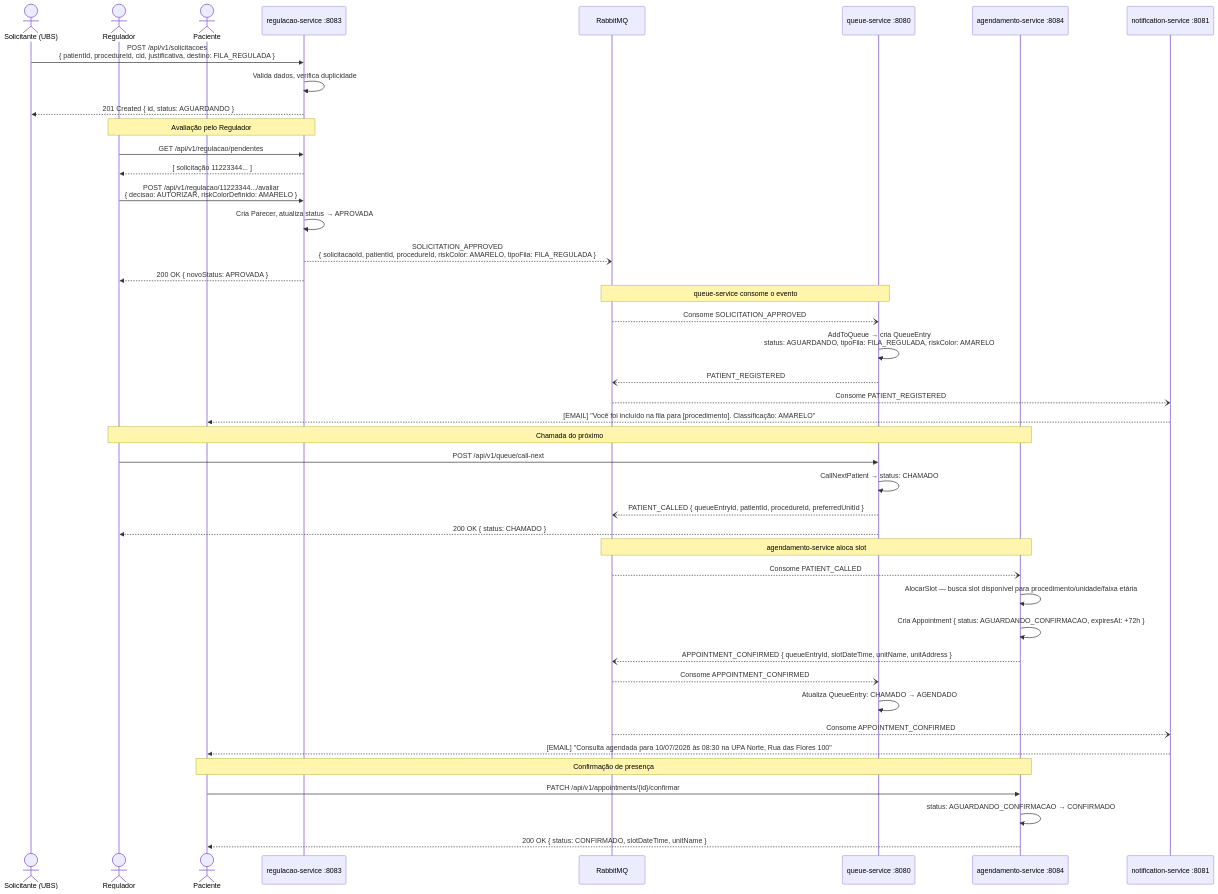
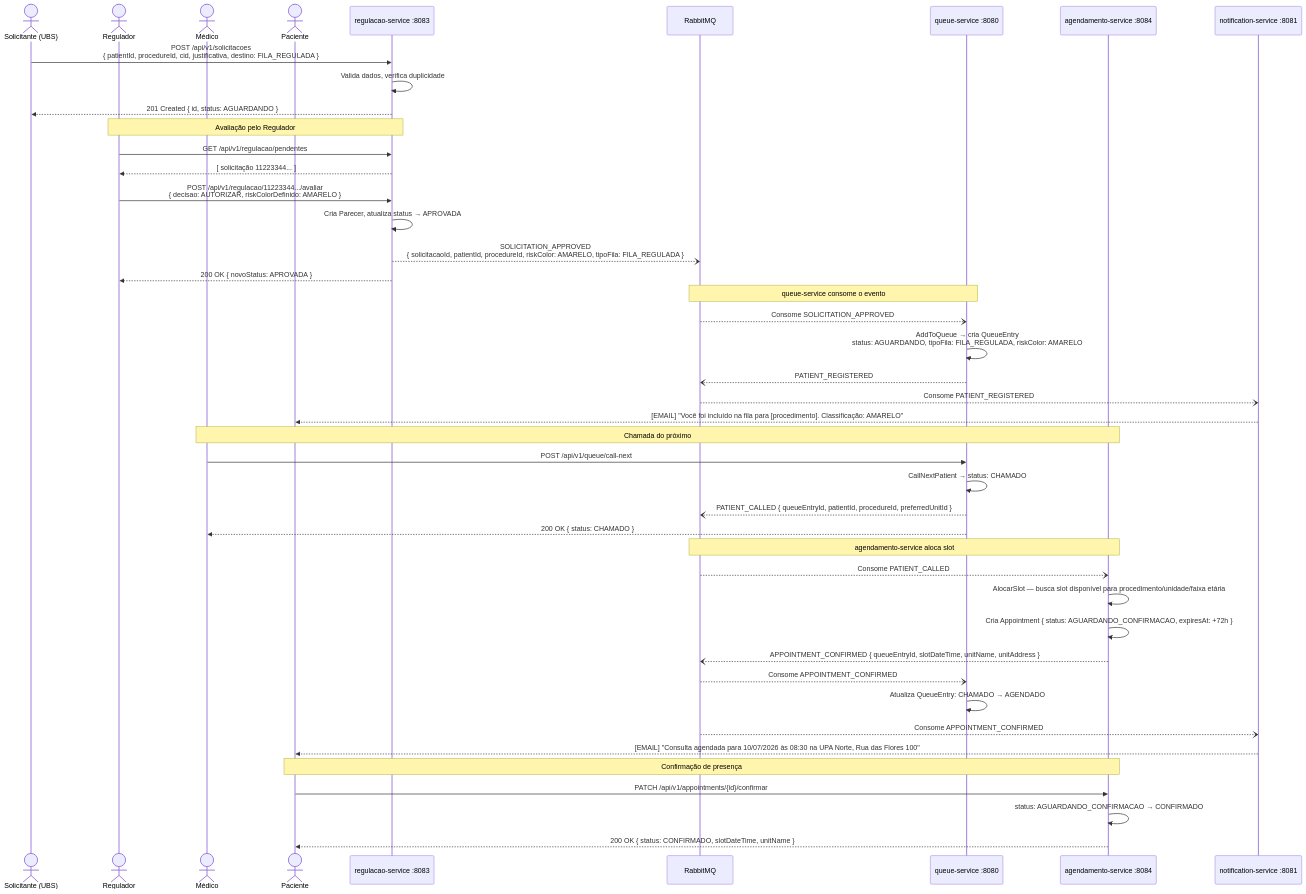
The tenth of 13 diagrams in docs/sequencias-diagrama.md (LucasBruner/Morbus), drawn with Mermaid before and after one commit. The commit also changed 36 other files, not shown here.

````diff
--- a/docs/sequencias-diagrama.md
+++ b/docs/sequencias-diagrama.md
@@ -461,59 +461,60 @@
 ```mermaid
 sequenceDiagram
     actor Solicitante as Solicitante (UBS)
     actor Regulador
+    actor Medico as Médico
     actor Paciente
     participant RS as regulacao-service :8083
     participant MQ as RabbitMQ
     participant QS as queue-service :8080
     participant AS as agendamento-service :8084
     participant NS as notification-service :8081
 
     Solicitante->>RS: POST /api/v1/solicitacoes<br/>{ patientId, procedureId, cid, justificativa, destino: FILA_REGULADA }
     RS->>RS: Valida dados, verifica duplicidade
     RS-->>Solicitante: 201 Created { id, status: AGUARDANDO }
 
     Note over Regulador,RS: Avaliação pelo Regulador
 
     Regulador->>RS: GET /api/v1/regulacao/pendentes
     RS-->>Regulador: [ solicitação 11223344... ]
 
     Regulador->>RS: POST /api/v1/regulacao/11223344.../avaliar<br/>{ decisao: AUTORIZAR, riskColorDefinido: AMARELO }
     RS->>RS: Cria Parecer, atualiza status → APROVADA
     RS--)MQ: SOLICITATION_APPROVED<br/>{ solicitacaoId, patientId, procedureId, riskColor: AMARELO, tipoFila: FILA_REGULADA }
     RS-->>Regulador: 200 OK { novoStatus: APROVADA }
 
     Note over MQ,QS: queue-service consome o evento
 
     MQ--)QS: Consome SOLICITATION_APPROVED
     QS->>QS: AddToQueue → cria QueueEntry<br/>status: AGUARDANDO, tipoFila: FILA_REGULADA, riskColor: AMARELO
     QS--)MQ: PATIENT_REGISTERED
     MQ--)NS: Consome PATIENT_REGISTERED
     NS-->>Paciente: [EMAIL] "Você foi incluído na fila para [procedimento]. Classificação: AMARELO"
 
-    Note over Regulador,AS: Chamada do próximo
+    Note over Medico,AS: Chamada do próximo
 
-    Regulador->>QS: POST /api/v1/queue/call-next
+    Medico->>QS: POST /api/v1/queue/call-next
     QS->>QS: CallNextPatient → status: CHAMADO
     QS--)MQ: PATIENT_CALLED { queueEntryId, patientId, procedureId, preferredUnitId }
-    QS-->>Regulador: 200 OK { status: CHAMADO }
+    QS-->>Medico: 200 OK { status: CHAMADO }
 
     Note over MQ,AS: agendamento-service aloca slot
 
     MQ--)AS: Consome PATIENT_CALLED
     AS->>AS: AlocarSlot — busca slot disponível para procedimento/unidade/faixa etária
     AS->>AS: Cria Appointment { status: AGUARDANDO_CONFIRMACAO, expiresAt: +72h }
     AS--)MQ: APPOINTMENT_CONFIRMED { queueEntryId, slotDateTime, unitName, unitAddress }
 
     MQ--)QS: Consome APPOINTMENT_CONFIRMED
     QS->>QS: Atualiza QueueEntry: CHAMADO → AGENDADO
 
     MQ--)NS: Consome APPOINTMENT_CONFIRMED
     NS-->>Paciente: [EMAIL] "Consulta agendada para 10/07/2026 às 08:30 na UPA Norte, Rua das Flores 100"
 
     Note over Paciente,AS: Confirmação de presença
 
     Paciente->>AS: PATCH /api/v1/appointments/{id}/confirmar
     AS->>AS: status: AGUARDANDO_CONFIRMACAO → CONFIRMADO
     AS-->>Paciente: 200 OK { status: CONFIRMADO, slotDateTime, unitName }
 ```
````
